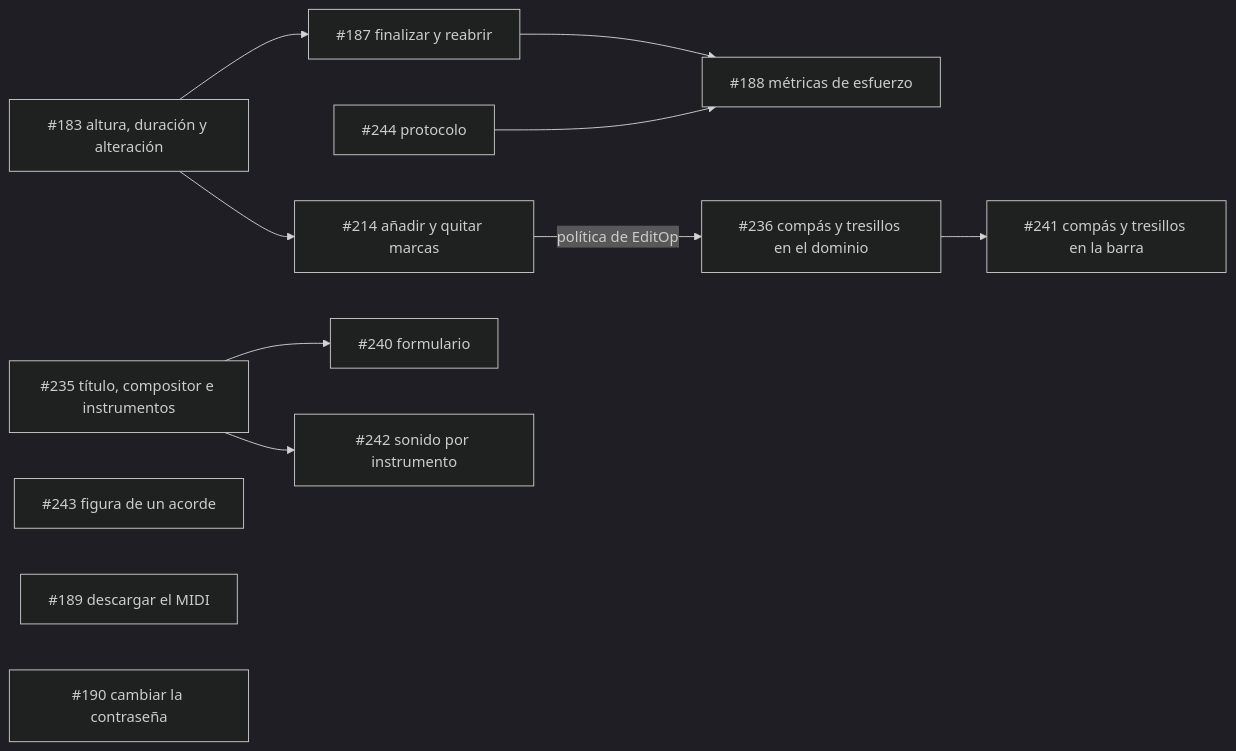
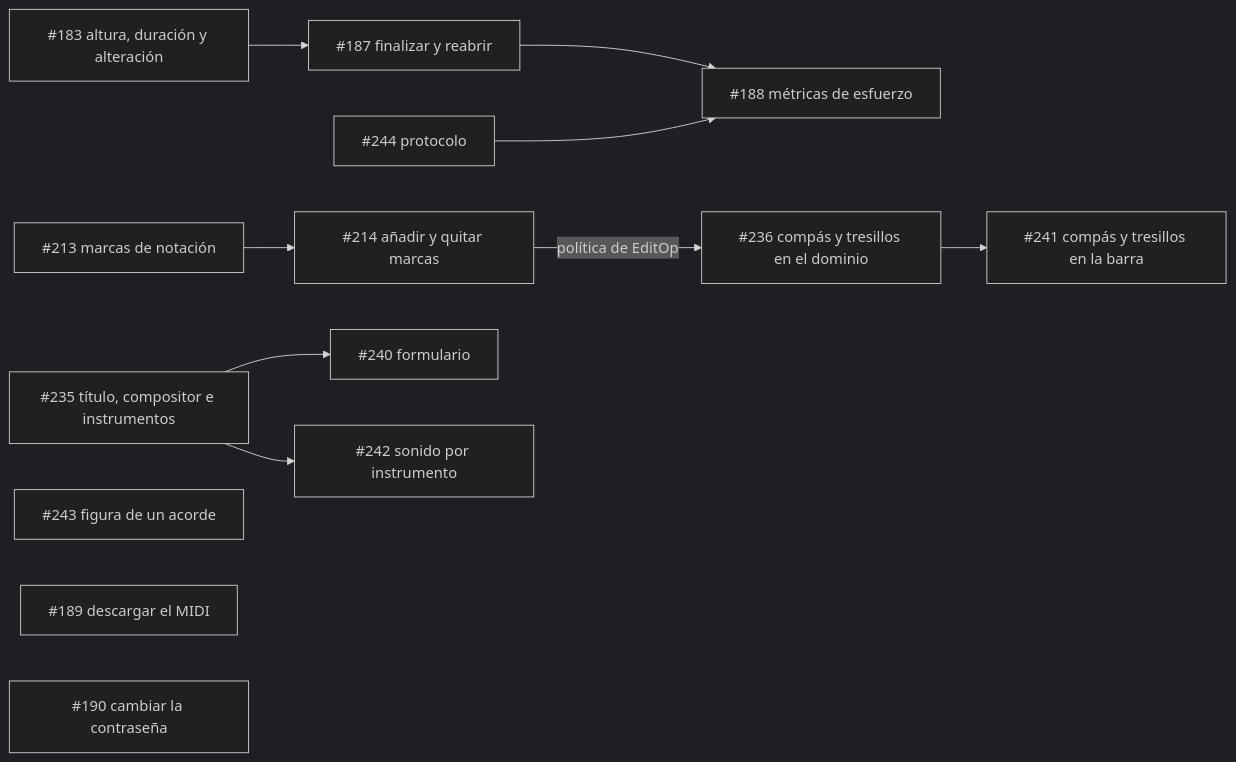
The diagram in docs/phases/phase_8_web_interface/README.md (sebdavid3/Cadenza), drawn with Mermaid (dark theme) before and after one commit. The commit also changed other lines of this file and 9 other files, not shown here.

````diff
--- a/docs/phases/phase_8_web_interface/README.md
+++ b/docs/phases/phase_8_web_interface/README.md
@@ -72,14 +72,14 @@
 ```mermaid
 flowchart LR
-    S183["#183 altura, duración y alteración"] --> S214["#214 añadir y quitar marcas"]
-    S183 --> S187["#187 finalizar y reabrir"]
+    S213["#213 marcas de notación"] --> S214["#214 añadir y quitar marcas"]
+    S183["#183 altura, duración y alteración"] --> S187["#187 finalizar y reabrir"]
     S187 --> S188["#188 métricas de esfuerzo"]
     S244["#244 protocolo"] --> S188
     S214 -->|política de EditOp| S236["#236 compás y tresillos en el dominio"]
     S236 --> S241["#241 compás y tresillos en la barra"]
     S235["#235 título, compositor e instrumentos"] --> S240["#240 formulario"]
     S235 --> S242["#242 sonido por instrumento"]
     S243["#243 figura de un acorde"]
     S189["#189 descargar el MIDI"]
     S190["#190 cambiar la contraseña"]
 ```
````
